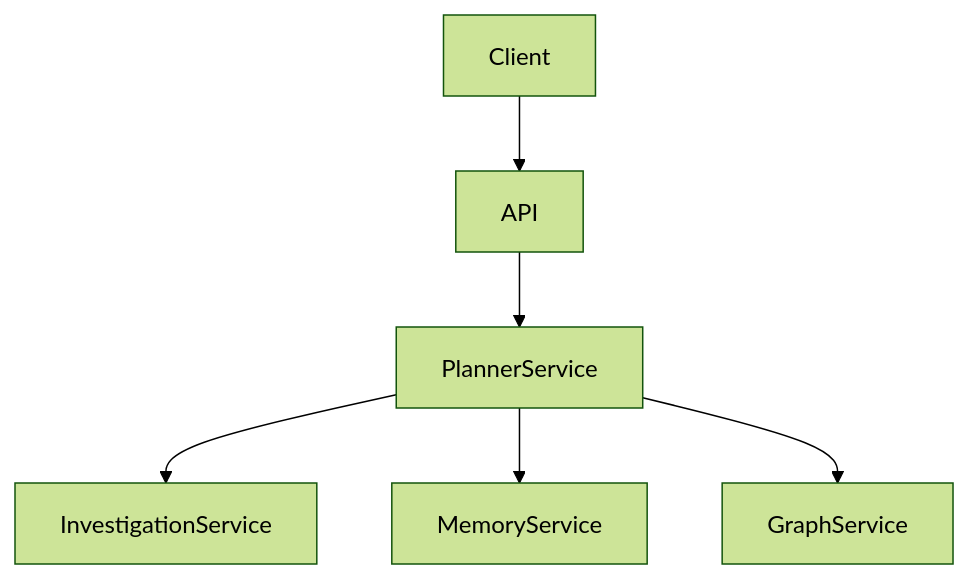
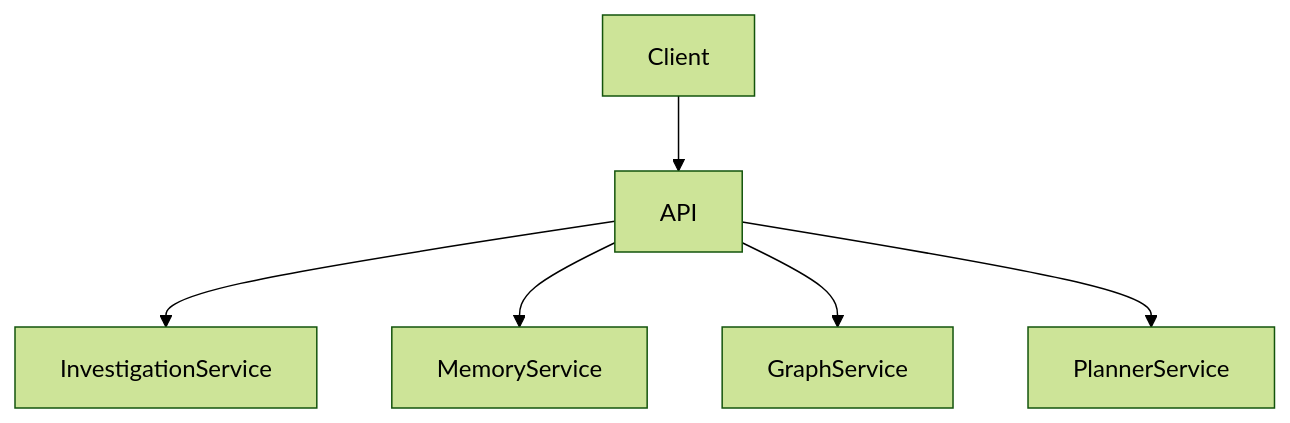
One commit to koraayoztuurk/SentinelAI changed the first of 2 diagrams in docs/04-backend/api-design.md. Above: the diagram before and after it, drawn with Mermaid (forest theme). The commit also changed other lines of this file, not shown here.

Commit message:
docs(api): align API routing with service ownership

````diff
--- a/docs/04-backend/api-design.md
+++ b/docs/04-backend/api-design.md
@@ -46,13 +46,13 @@
 ```mermaid
 flowchart TD
 
 Client --> API
 
+API --> InvestigationService
+
+API --> MemoryService
+
+API --> GraphService
+
 API --> PlannerService
-
-PlannerService --> InvestigationService
-
-PlannerService --> MemoryService
-
-PlannerService --> GraphService
 ```
````
